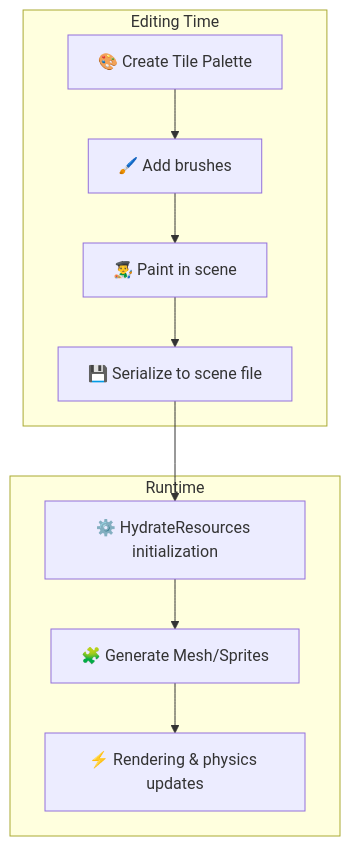
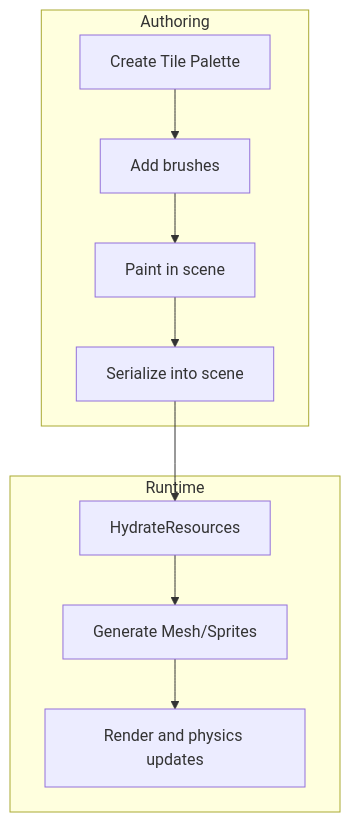
One commit to NGLSG/Luma changed the eighth of 11 diagrams in ARCHITECTURE_EN.md. Above: the diagram before and after it, drawn with Mermaid. The commit also changed other lines of this file and 27 other files, not shown here.

````diff
--- a/ARCHITECTURE_EN.md
+++ b/ARCHITECTURE_EN.md
@@ -217,13 +198,13 @@
 ```mermaid
 graph TD
-    subgraph "Editing Time"
-        A[🎨 Create Tile Palette] --> B[🖌️ Add brushes]
-        B --> C[👨‍🎨 Paint in scene]
-        C --> D[💾 Serialize to scene file]
+    subgraph "Authoring"
+        A[Create Tile Palette] --> B[Add brushes]
+        B --> C[Paint in scene]
+        C --> D[Serialize into scene]
     end
     subgraph "Runtime"
-        D --> E[⚙️ HydrateResources initialization]
-        E --> F[🧩 Generate Mesh/Sprites]
-        F --> G[⚡️ Rendering & physics updates]
+        D --> E[HydrateResources]
+        E --> F[Generate Mesh/Sprites]
+        F --> G[Render and physics updates]
     end
 ```
````
